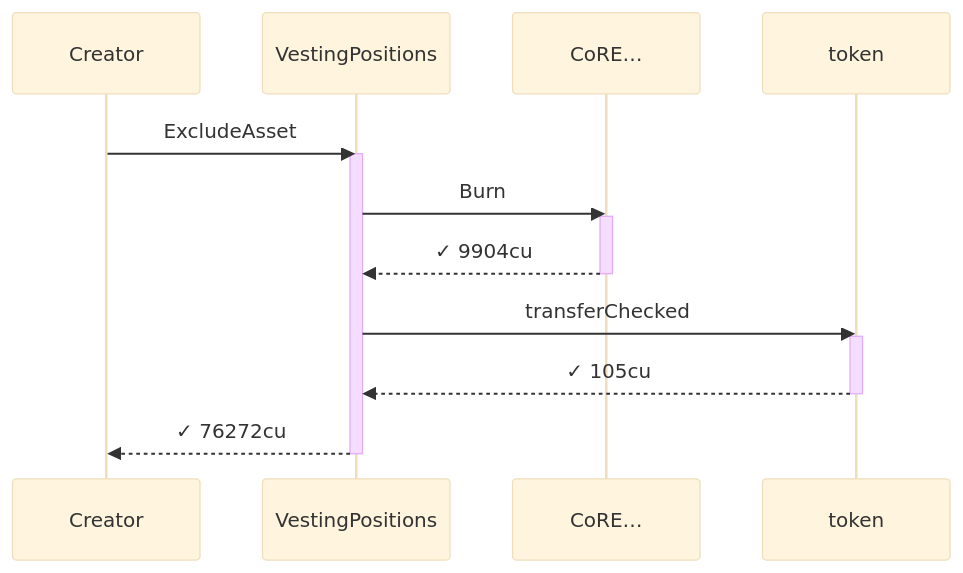
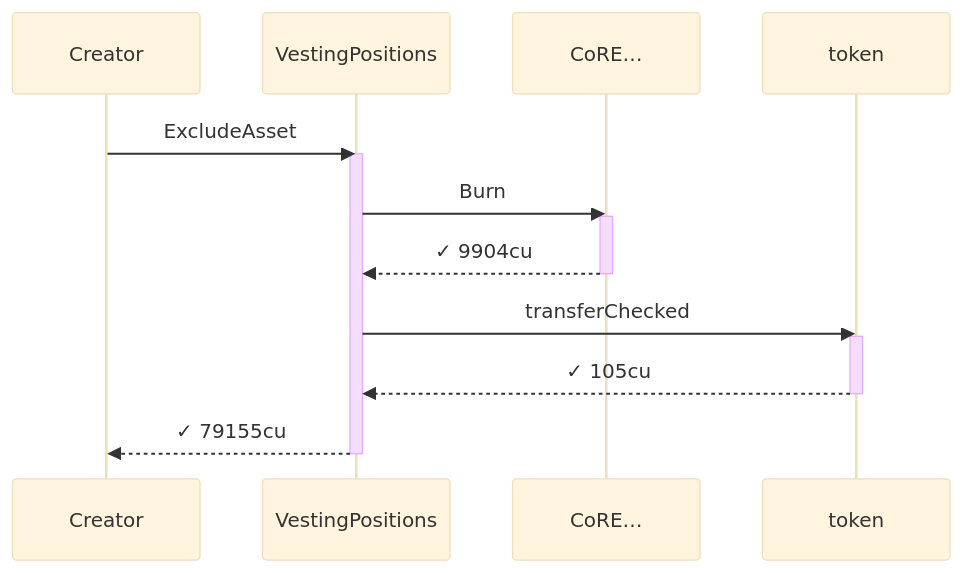
One commit to cds-turbin3/vesting-position changed the tenth of 15 diagrams in babelfish-tests/test-report/exclude_asset_blocks_subsequent_claims.md. Above: the diagram before and after it, drawn with Mermaid (base theme). The commit also changed other lines of this file and 106 other files, not shown here.

````diff
--- a/babelfish-tests/test-report/exclude_asset_blocks_subsequent_claims.md
+++ b/babelfish-tests/test-report/exclude_asset_blocks_subsequent_claims.md
@@ -482,19 +496,19 @@
 ```mermaid
 sequenceDiagram
     participant p0 as Creator
     participant p1 as VestingPositions
     participant p2 as CoRE…
     participant p3 as token
     p0->>p1: ExcludeAsset
     activate p1
     p1->>p2: Burn
     activate p2
     p2-->>p1: ✓ 9904cu
     deactivate p2
     p1->>p3: transferChecked
     activate p3
     p3-->>p1: ✓ 105cu
     deactivate p3
-    p1-->>p0: ✓ 76272cu
+    p1-->>p0: ✓ 79155cu
     deactivate p1
 ```
````
